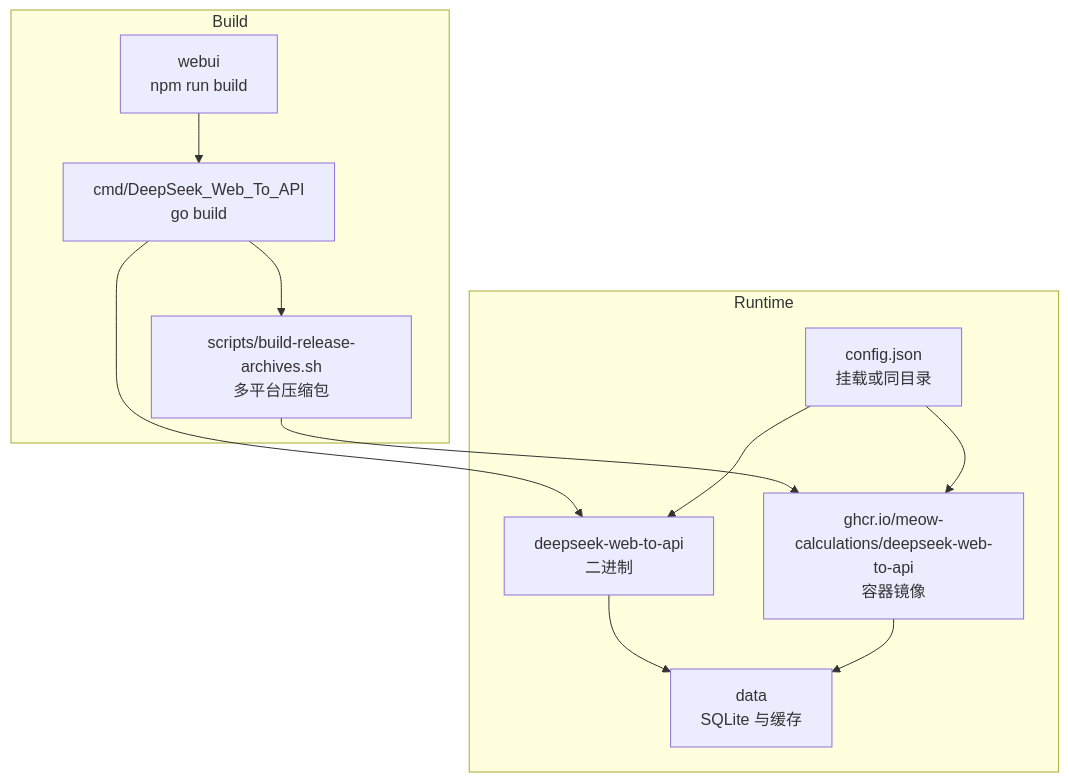
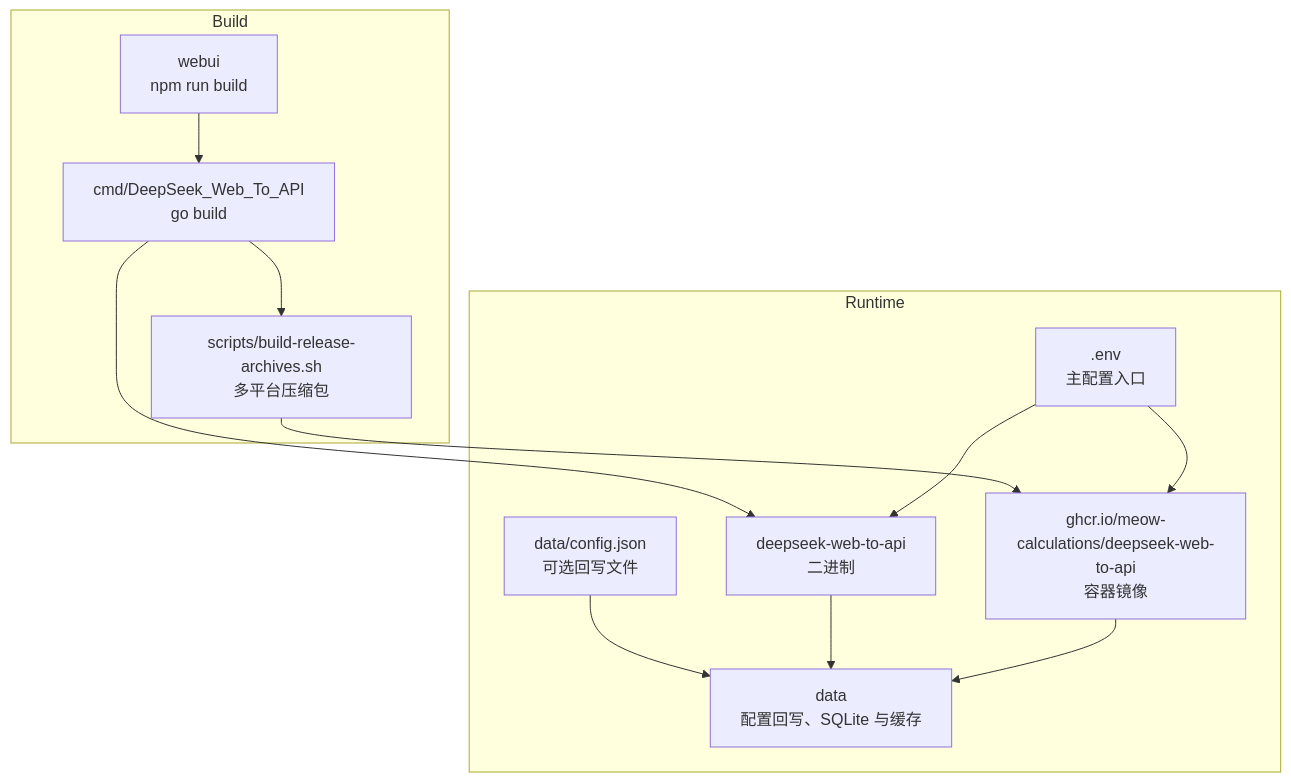
Before and after one commit to marklove5102/DeepSeek_Web_To_API: the first of 2 diagrams in docs/deployment.md, drawn with Mermaid. The commit also changed other lines of this file and 51 other files, not shown here.

````diff
--- a/docs/deployment.md
+++ b/docs/deployment.md
@@ -33,22 +33,24 @@
 ```mermaid
 graph TB
 subgraph "Build"
 WEBBUILD["webui<br/>npm run build"]
 GOBUILD["cmd/DeepSeek_Web_To_API<br/>go build"]
 ARCHIVE["scripts/build-release-archives.sh<br/>多平台压缩包"]
 end
 subgraph "Runtime"
 BINARY["deepseek-web-to-api<br/>二进制"]
 DOCKER["ghcr.io/meow-calculations/deepseek-web-to-api<br/>容器镜像"]
-CONFIG["config.json<br/>挂载或同目录"]
-DATA["data<br/>SQLite 与缓存"]
+CONFIG["data/config.json<br/>可选回写文件"]
+ENV[".env<br/>主配置入口"]
+DATA["data<br/>配置回写、SQLite 与缓存"]
 end
 WEBBUILD --> GOBUILD
 GOBUILD --> BINARY
 GOBUILD --> ARCHIVE
 ARCHIVE --> DOCKER
-CONFIG --> BINARY
-CONFIG --> DOCKER
+ENV --> BINARY
+ENV --> DOCKER
+CONFIG --> DATA
 BINARY --> DATA
 DOCKER --> DATA
 ```
````
